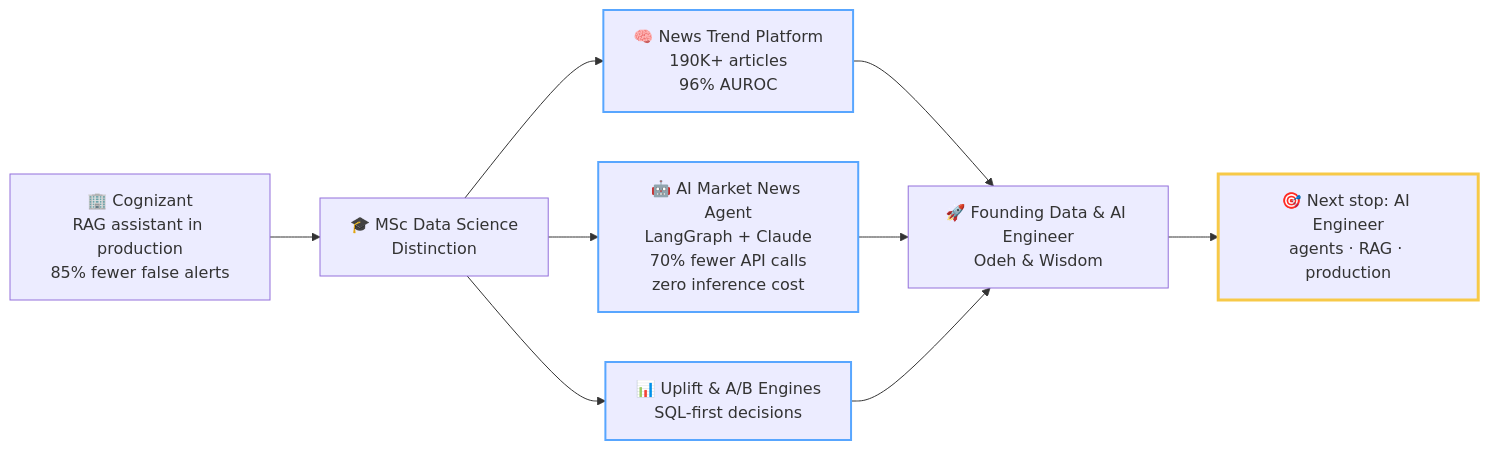
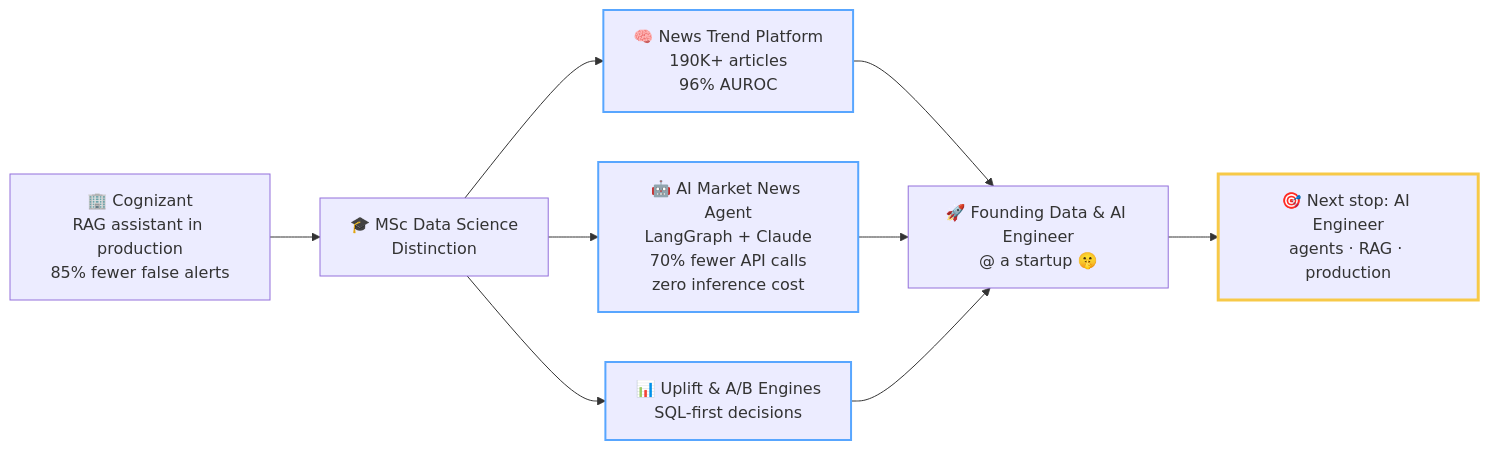
Before and after one commit to ReptilianPride/ReptilianPride: the diagram in README.md, drawn with Mermaid.

````diff
--- a/README.md
+++ b/README.md
@@ -60,16 +60,16 @@
 ```mermaid
 flowchart LR
     A["🏢 Cognizant<br/>RAG assistant in production<br/>85% fewer false alerts"] --> B["🎓 MSc Data Science<br/>Distinction"]
     B --> C["🧠 News Trend Platform<br/>190K+ articles<br/>96% AUROC"]
     B --> D["🤖 AI Market News Agent<br/>LangGraph + Claude<br/>70% fewer API calls<br/>zero inference cost"]
     B --> E["📊 Uplift & A/B Engines<br/>SQL-first decisions"]
-    C --> F["🚀 Founding Data & AI Engineer<br/>Odeh & Wisdom"]
+    C --> F["🚀 Founding Data & AI Engineer<br/>@ a startup 🤫"]
     D --> F
     E --> F
     F --> G["🎯 Next stop: AI Engineer<br/>agents · RAG · production"]
 
     classDef proj stroke:#58a6ff,stroke-width:2px
     classDef goal stroke:#f7c948,stroke-width:3px
     class C,D,E proj
     class G goal
 ```
````
